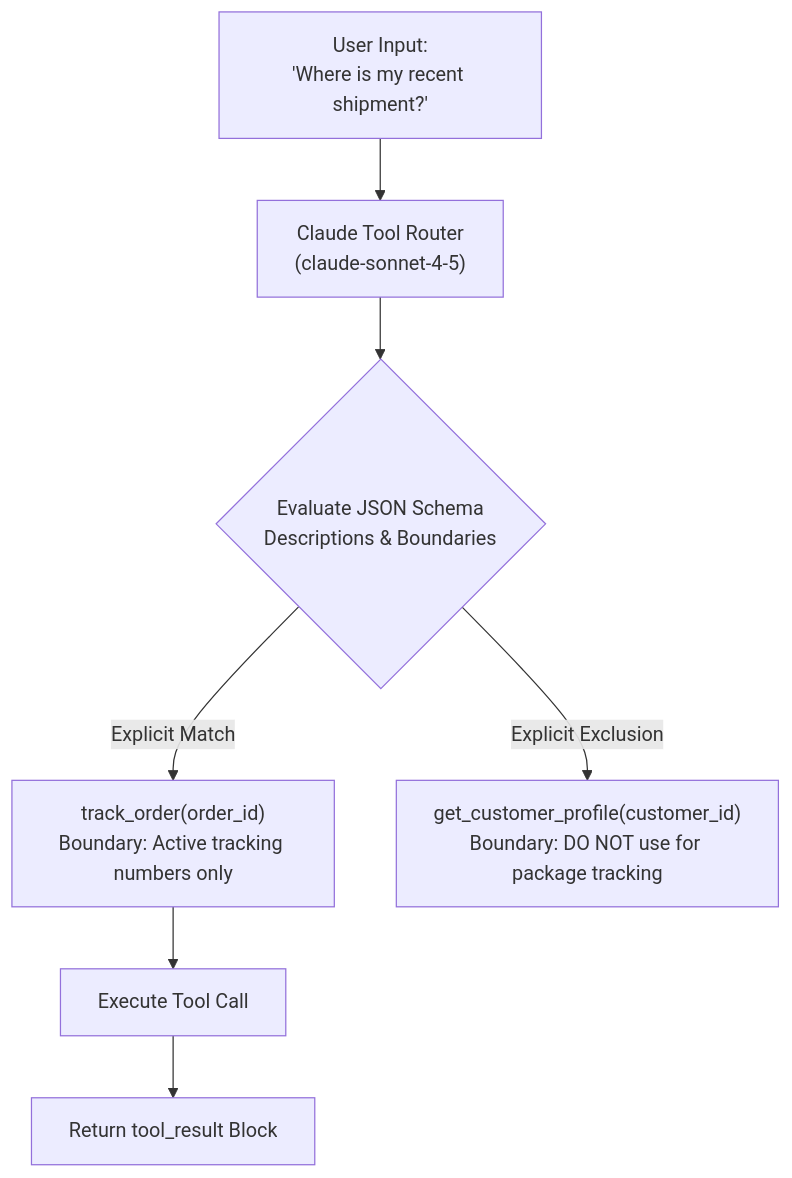
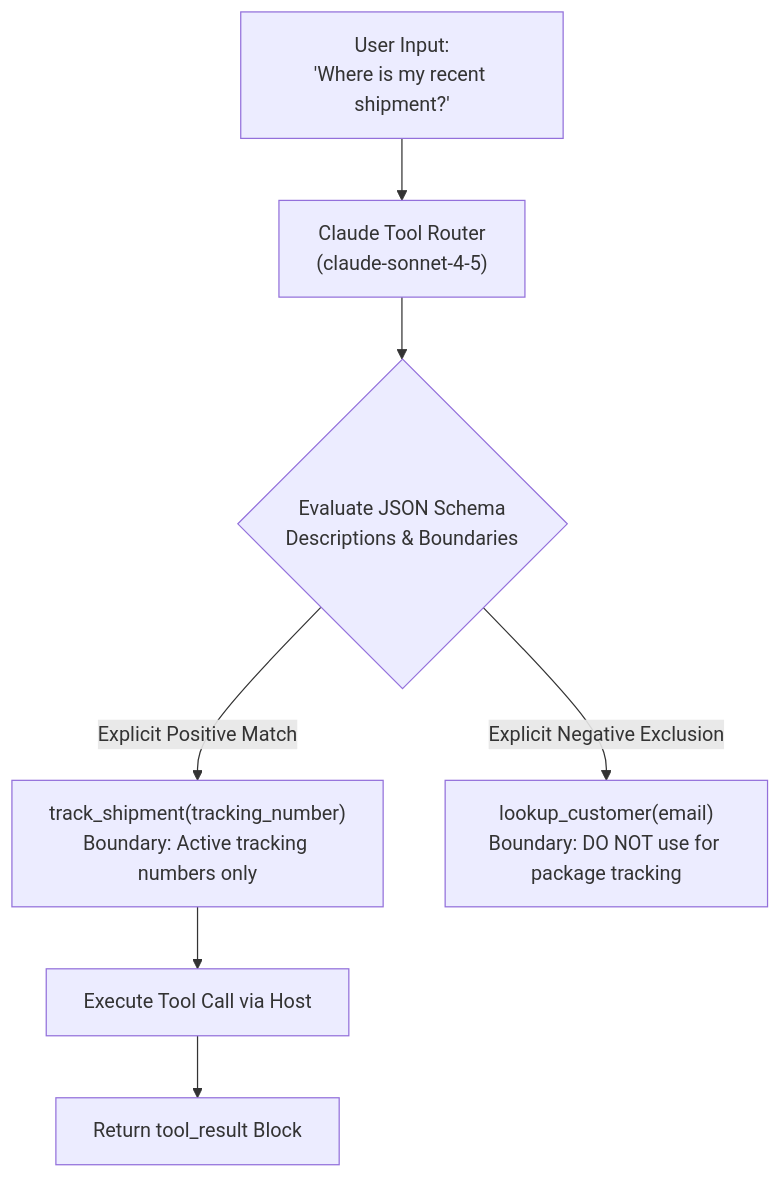
The diagram in domain2/ts_2_1_tool_interface_design/README.md (dip4k/claude_cert_architect_foundation_prep), drawn with Mermaid before and after one commit. The commit also changed other lines of this file and 59 other files, not shown here.

````diff
--- a/domain2/ts_2_1_tool_interface_design/README.md
+++ b/domain2/ts_2_1_tool_interface_design/README.md
@@ -10,12 +82,12 @@
 ```mermaid
 flowchart TD
     UserQuery["User Input:<br>'Where is my recent shipment?'"] --> Claude["Claude Tool Router<br>(claude-sonnet-4-5)"]
     
     Claude --> EvaluateDescriptions{"Evaluate JSON Schema<br>Descriptions & Boundaries"}
     
-    EvaluateDescriptions -->|"Explicit Match"| ToolA["track_order(order_id)<br>Boundary: Active tracking numbers only"]
-    EvaluateDescriptions -->|"Explicit Exclusion"| ToolB["get_customer_profile(customer_id)<br>Boundary: DO NOT use for package tracking"]
+    EvaluateDescriptions -->|"Explicit Positive Match"| ToolA["track_shipment(tracking_number)<br>Boundary: Active tracking numbers only"]
+    EvaluateDescriptions -->|"Explicit Negative Exclusion"| ToolB["lookup_customer(email)<br>Boundary: DO NOT use for package tracking"]
     
-    ToolA --> Dispatch["Execute Tool Call"]
+    ToolA --> Dispatch["Execute Tool Call via Host"]
     Dispatch --> ToolResult["Return tool_result Block"]
 ```
````
